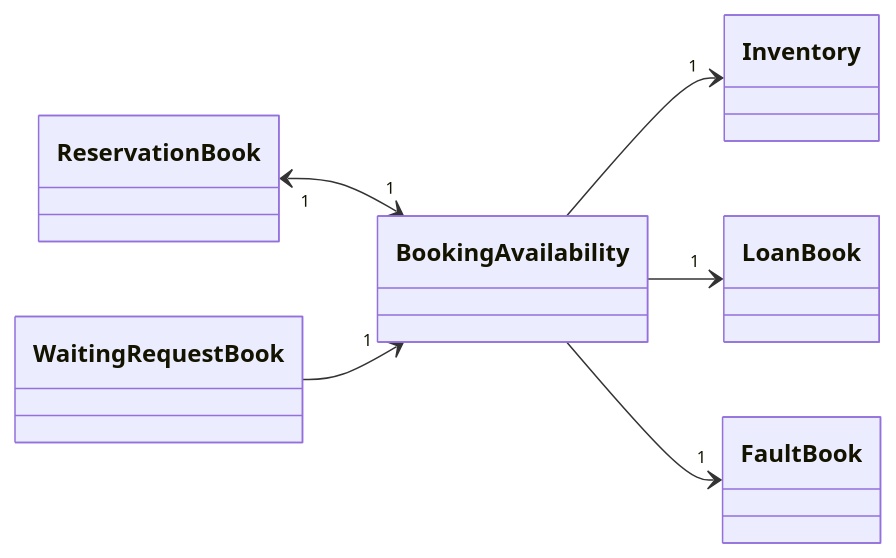
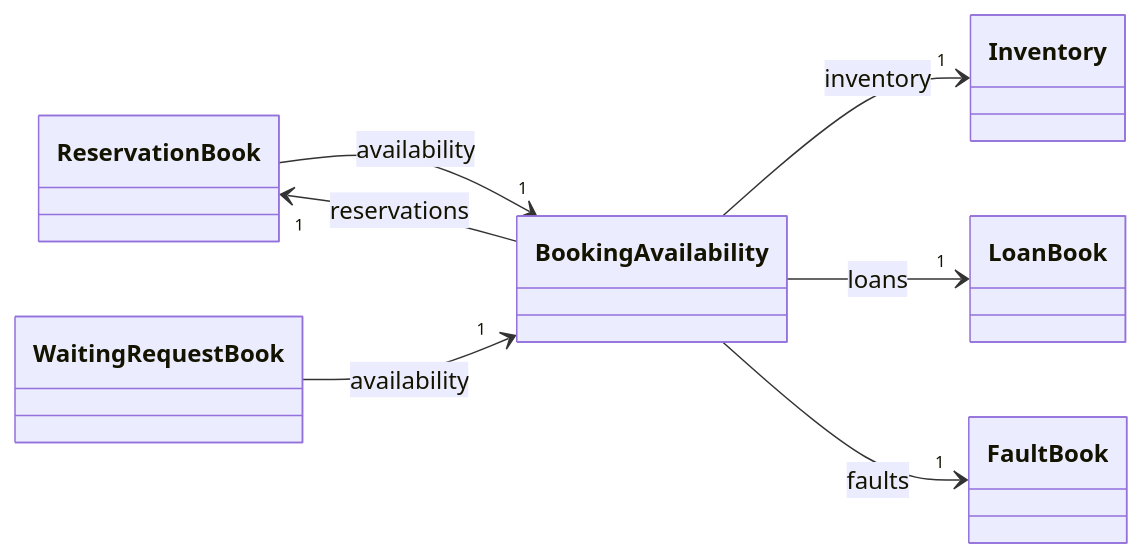
The fourth of 16 diagrams in docs/DeveloperGuide.md (AY2627S1-CS2113-W13-3/tp), drawn with Mermaid before and after one commit. The commit also changed other lines of this file, not shown here.

First line of the commit message:
Docs: Standardise developer guide class diagrams

````diff
--- a/docs/DeveloperGuide.md
+++ b/docs/DeveloperGuide.md
@@ -260,9 +276,10 @@
 ```mermaid
 classDiagram
     direction LR
-    ReservationBook "1" <--> "1" BookingAvailability
-    WaitingRequestBook --> "1" BookingAvailability
-    BookingAvailability --> "1" Inventory
-    BookingAvailability --> "1" LoanBook
-    BookingAvailability --> "1" FaultBook
+    ReservationBook --> "1" BookingAvailability : availability
+    BookingAvailability --> "1" ReservationBook : reservations
+    WaitingRequestBook --> "1" BookingAvailability : availability
+    BookingAvailability --> "1" Inventory : inventory
+    BookingAvailability --> "1" LoanBook : loans
+    BookingAvailability --> "1" FaultBook : faults
 ```
````
